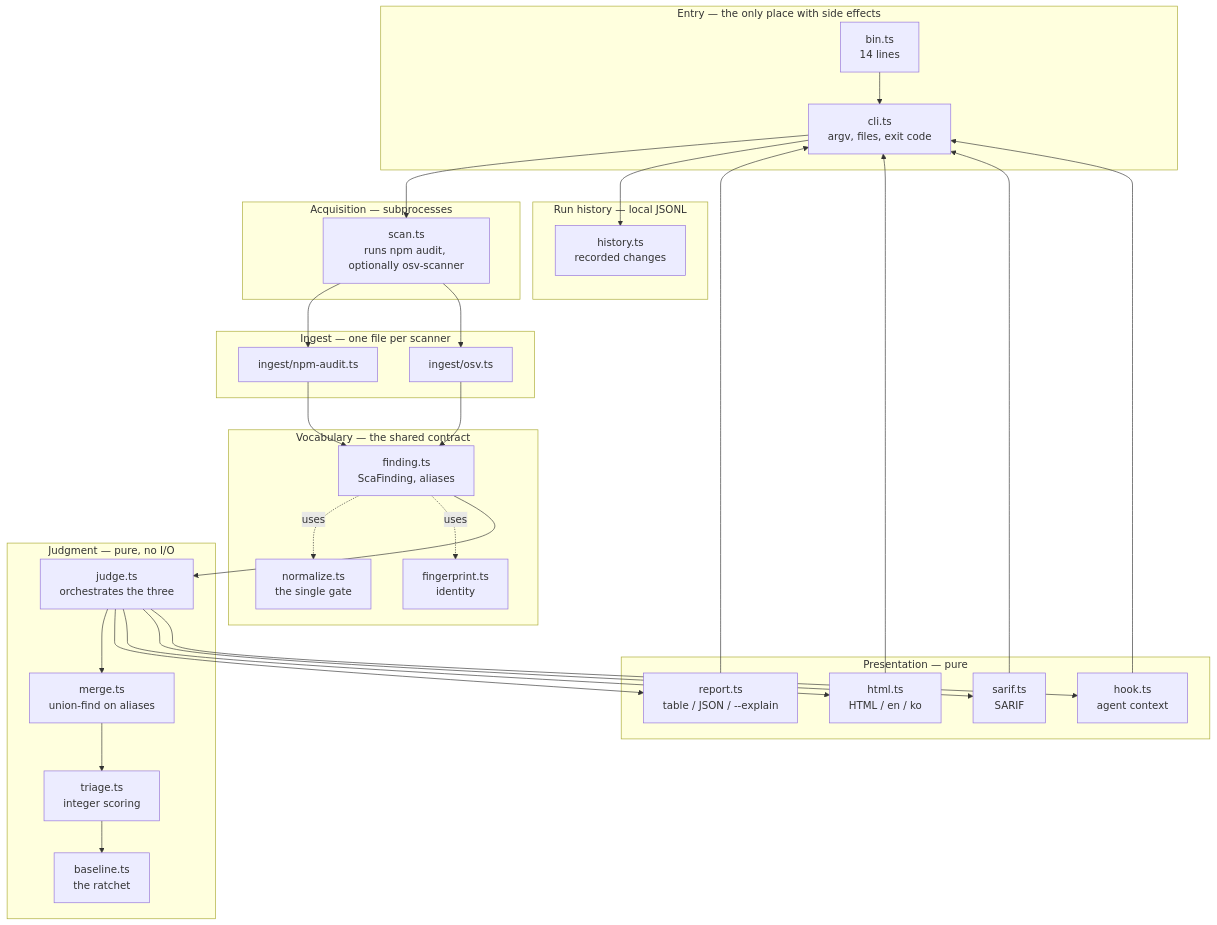
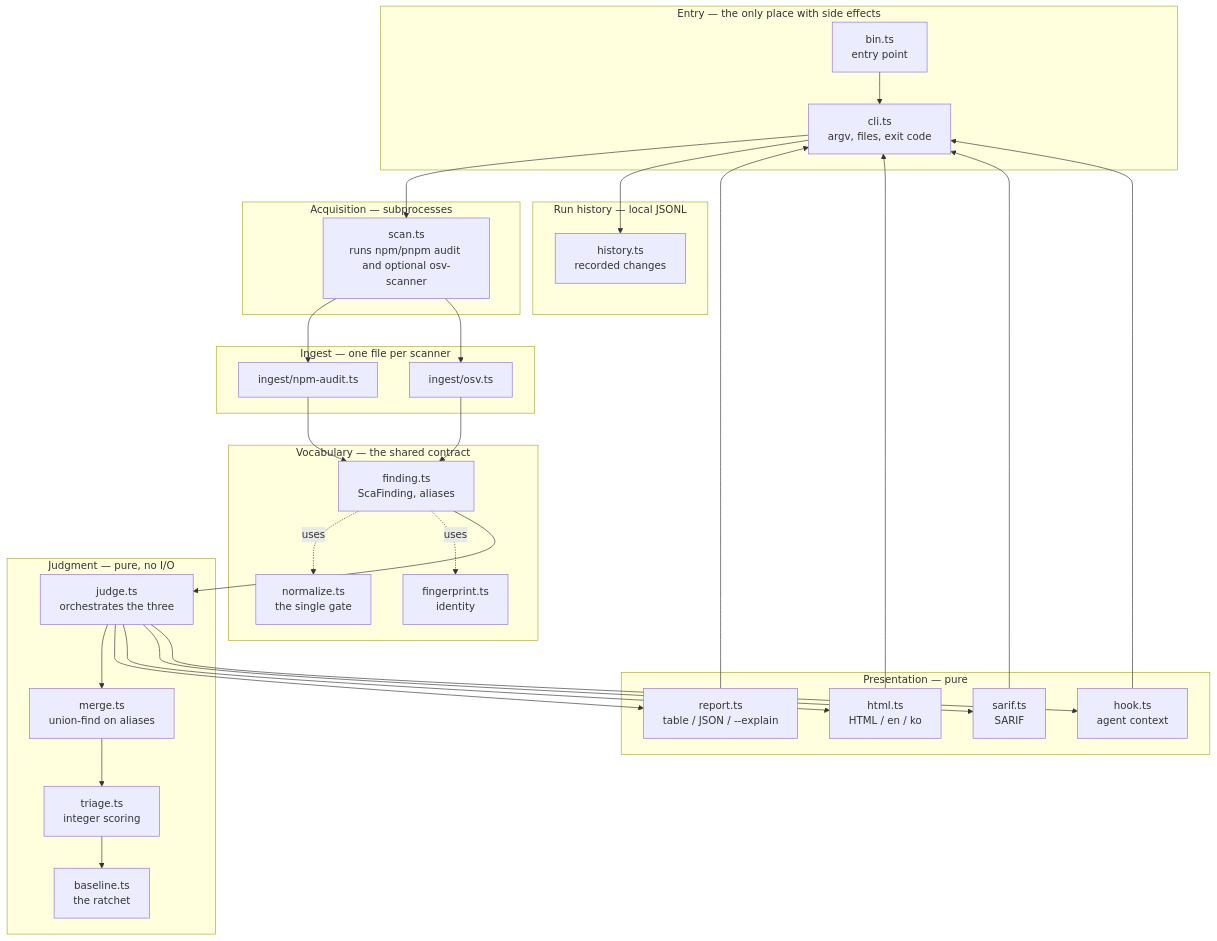
Before and after one commit to zero-shelter/zero-shelter: the first of 2 diagrams in docs/architecture.md, drawn with Mermaid. The commit also changed other lines of this file and 30 other files, not shown here.

````diff
--- a/docs/architecture.md
+++ b/docs/architecture.md
@@ -15,60 +9,60 @@
 ```mermaid
 flowchart TD
     subgraph entry["Entry — the only place with side effects"]
-        bin["bin.ts<br/>14 lines"]
+        bin["bin.ts<br/>entry point"]
         cli["cli.ts<br/>argv, files, exit code"]
     end
 
     subgraph acq["Acquisition — subprocesses"]
-        scan["scan.ts<br/>runs npm audit, optionally osv-scanner"]
+        scan["scan.ts<br/>runs npm/pnpm audit and optional osv-scanner"]
     end
 
     subgraph ingest["Ingest — one file per scanner"]
         npma["ingest/npm-audit.ts"]
         osv["ingest/osv.ts"]
     end
 
     subgraph vocab["Vocabulary — the shared contract"]
         finding["finding.ts<br/>ScaFinding, aliases"]
         norm["normalize.ts<br/>the single gate"]
         fp["fingerprint.ts<br/>identity"]
     end
 
     subgraph judgment["Judgment — pure, no I/O"]
         merge["merge.ts<br/>union-find on aliases"]
         triage["triage.ts<br/>integer scoring"]
         base["baseline.ts<br/>the ratchet"]
         judge["judge.ts<br/>orchestrates the three"]
     end
 
     subgraph present["Presentation — pure"]
         report["report.ts<br/>table / JSON / --explain"]
         html["html.ts<br/>HTML / en / ko"]
         sarif["sarif.ts<br/>SARIF"]
         hook["hook.ts<br/>agent context"]
     end
 
     subgraph history["Run history — local JSONL"]
         historyModel["history.ts<br/>recorded changes"]
     end
 
     bin --> cli
     cli --> scan
     scan --> npma
     scan --> osv
     npma --> finding
     osv --> finding
     finding -.uses.-> norm
     finding -.uses.-> fp
     finding --> judge
     judge --> merge --> triage --> base
     judge --> report
     judge --> html
     judge --> sarif
     judge --> hook
     cli --> historyModel
     report --> cli
     html --> cli
     sarif --> cli
     hook --> cli
 ```
````
